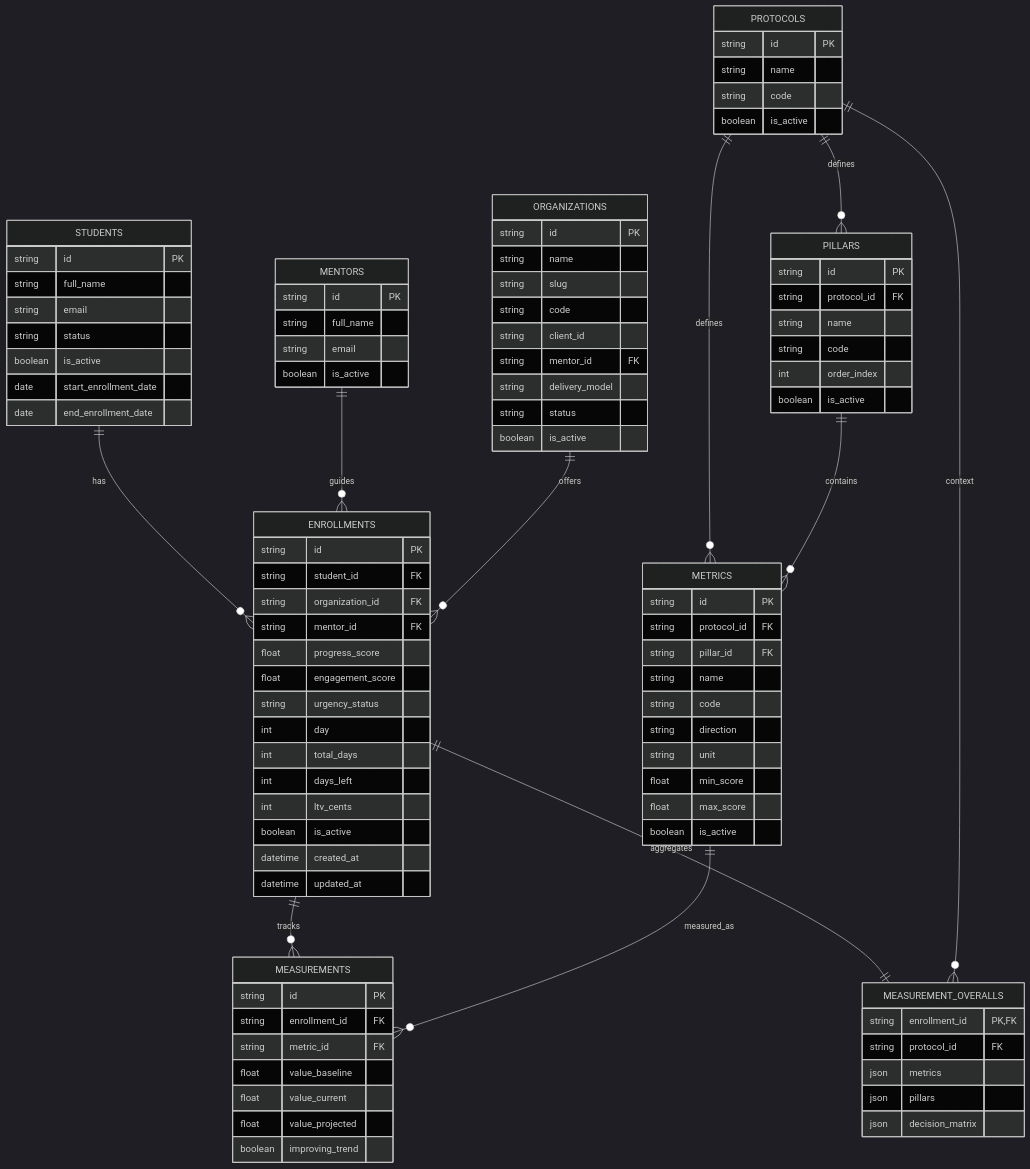
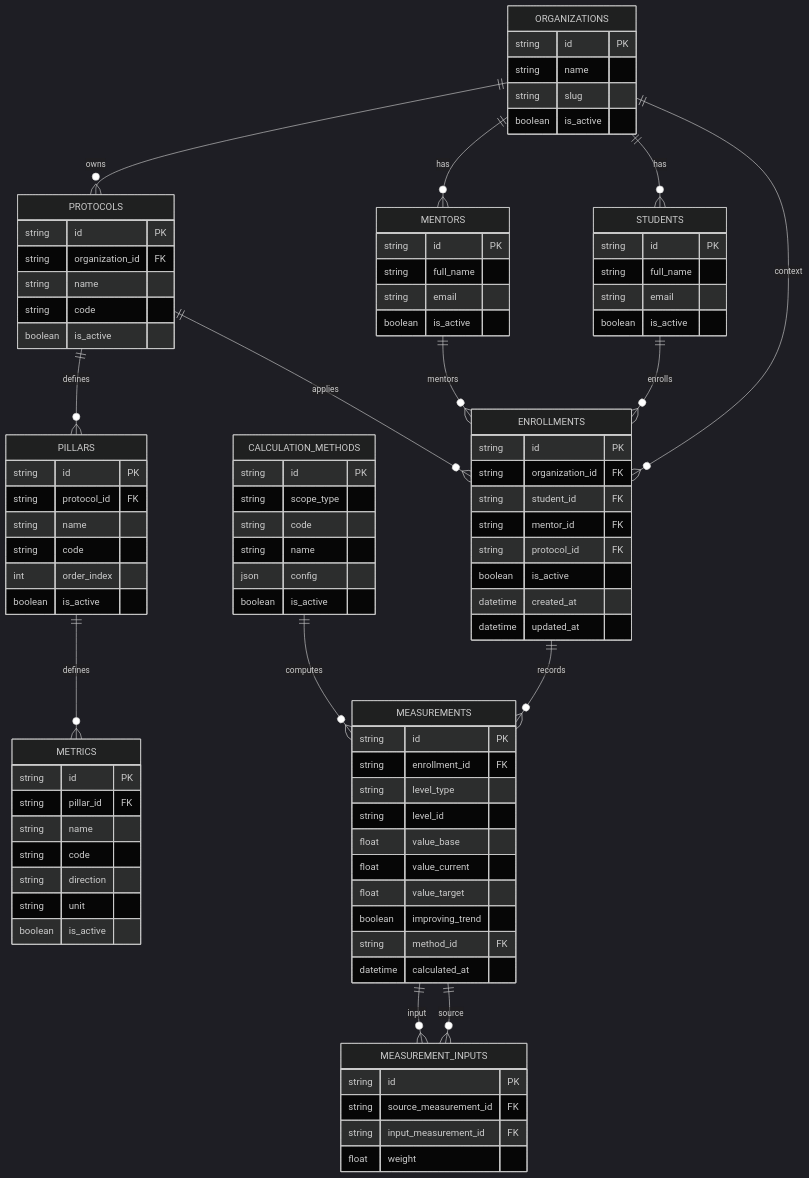
Before and after one commit to INNOVAI-LTDA/swaif_LTV-mentor: the second of 3 diagrams in docs/architecture/data-model-mermaid.md, drawn with Mermaid (dark theme). The commit also changed other lines of this file, not shown here.

Commit message:
docs: redesign data model with enrollment-protocol and scoped measurements

````diff
--- a/docs/architecture/data-model-mermaid.md
+++ b/docs/architecture/data-model-mermaid.md
@@ -149,13 +134,17 @@
 ```mermaid
 erDiagram
+  ORGANIZATIONS {
+    string id PK
+    string name
+    string slug
+    boolean is_active
+  }
+
   STUDENTS {
     string id PK
     string full_name
     string email
-    string status
     boolean is_active
-    date start_enrollment_date
-    date end_enrollment_date
   }
 
   MENTORS {
@@ -167,35 +156,18 @@
 
   PROTOCOLS {
     string id PK
+    string organization_id FK
     string name
     string code
     boolean is_active
   }
 
-  ORGANIZATIONS {
-    string id PK
-    string name
-    string slug
-    string code
-    string client_id
-    string mentor_id FK
-    string delivery_model
-    string status
-    boolean is_active
-  }
-
   ENROLLMENTS {
     string id PK
+    string organization_id FK
     string student_id FK
-    string organization_id FK
     string mentor_id FK
-    float progress_score
-    float engagement_score
-    string urgency_status
-    int day
-    int total_days
-    int days_left
-    int ltv_cents
+    string protocol_id FK
     boolean is_active
     datetime created_at
     datetime updated_at
@@ -212,45 +184,58 @@
 
   METRICS {
     string id PK
-    string protocol_id FK
     string pillar_id FK
     string name
     string code
     string direction
     string unit
-    float min_score
-    float max_score
+    boolean is_active
+  }
+
+  CALCULATION_METHODS {
+    string id PK
+    string scope_type
+    string code
+    string name
+    json config
     boolean is_active
   }
 
   MEASUREMENTS {
     string id PK
     string enrollment_id FK
-    string metric_id FK
-    float value_baseline
+    string level_type
+    string level_id
+    float value_base
     float value_current
-    float value_projected
+    float value_target
     boolean improving_trend
+    string method_id FK
+    datetime calculated_at
   }
 
-  MEASUREMENT_OVERALLS {
-    string enrollment_id PK, FK
-    string protocol_id FK
-    json metrics
-    json pillars
-    json decision_matrix
+  MEASUREMENT_INPUTS {
+    string id PK
+    string source_measurement_id FK
+    string input_measurement_id FK
+    float weight
   }
 
-  STUDENTS ||--o{ ENROLLMENTS : "has"
-  MENTORS ||--o{ ENROLLMENTS : "guides"
-  ORGANIZATIONS ||--o{ ENROLLMENTS : "offers"
+  ORGANIZATIONS ||--o{ PROTOCOLS : "owns"
+  ORGANIZATIONS ||--o{ MENTORS : "has"
+  ORGANIZATIONS ||--o{ STUDENTS : "has"
+  ORGANIZATIONS ||--o{ ENROLLMENTS : "context"
+
+  STUDENTS ||--o{ ENROLLMENTS : "enrolls"
+  MENTORS ||--o{ ENROLLMENTS : "mentors"
+  PROTOCOLS ||--o{ ENROLLMENTS : "applies"
 
   PROTOCOLS ||--o{ PILLARS : "defines"
-  PROTOCOLS ||--o{ METRICS : "defines"
-  PILLARS ||--o{ METRICS : "contains"
-  ENROLLMENTS ||--o{ MEASUREMENTS : "tracks"
-  METRICS ||--o{ MEASUREMENTS : "measured_as"
+  PILLARS ||--o{ METRICS : "defines"
 
-  ENROLLMENTS ||--|| MEASUREMENT_OVERALLS : "aggregates"
-  PROTOCOLS ||--o{ MEASUREMENT_OVERALLS : "context"
+  ENROLLMENTS ||--o{ MEASUREMENTS : "records"
+  CALCULATION_METHODS ||--o{ MEASUREMENTS : "computes"
+
+  MEASUREMENTS ||--o{ MEASUREMENT_INPUTS : "source"
+  MEASUREMENTS ||--o{ MEASUREMENT_INPUTS : "input"
 ```
````
